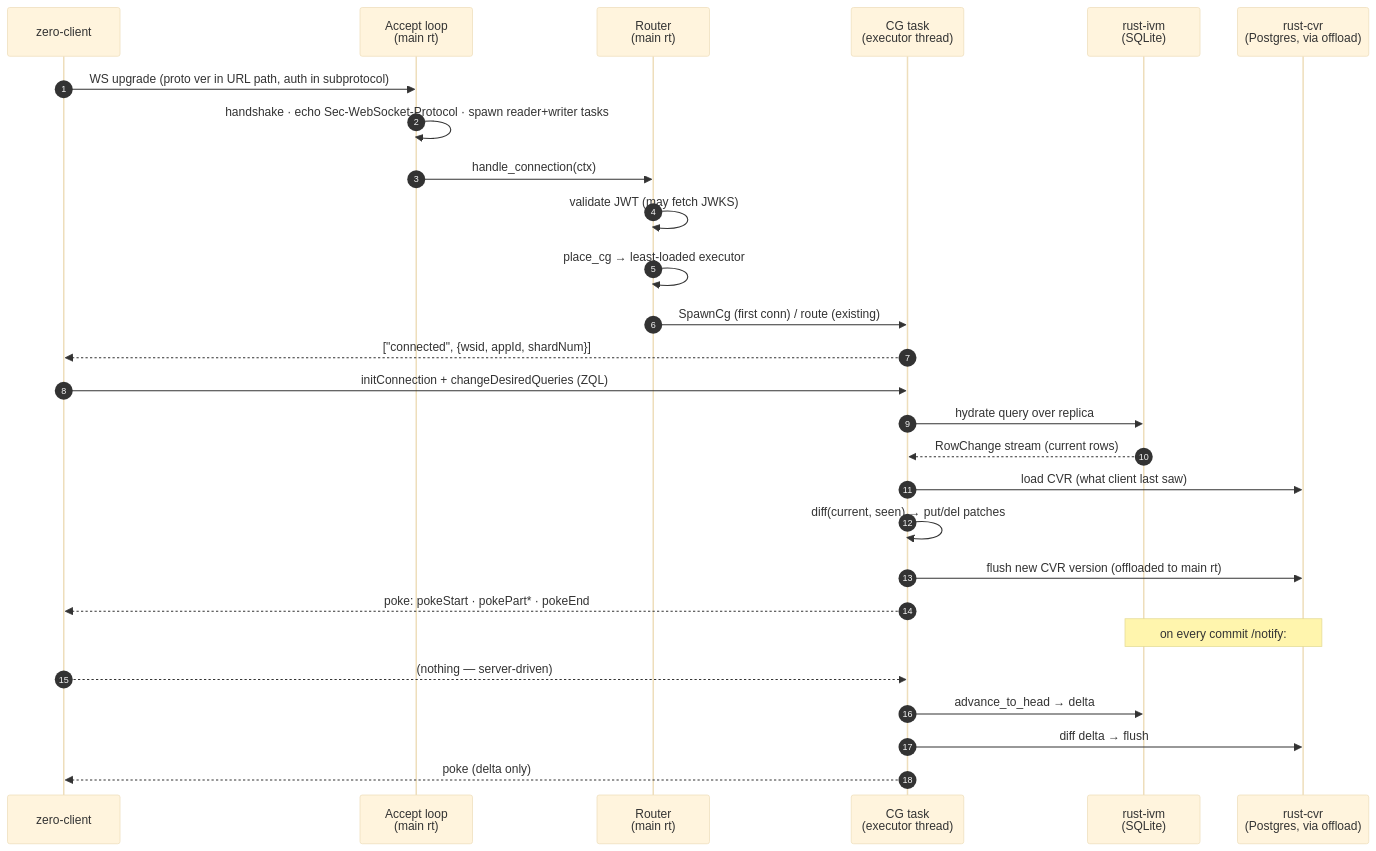
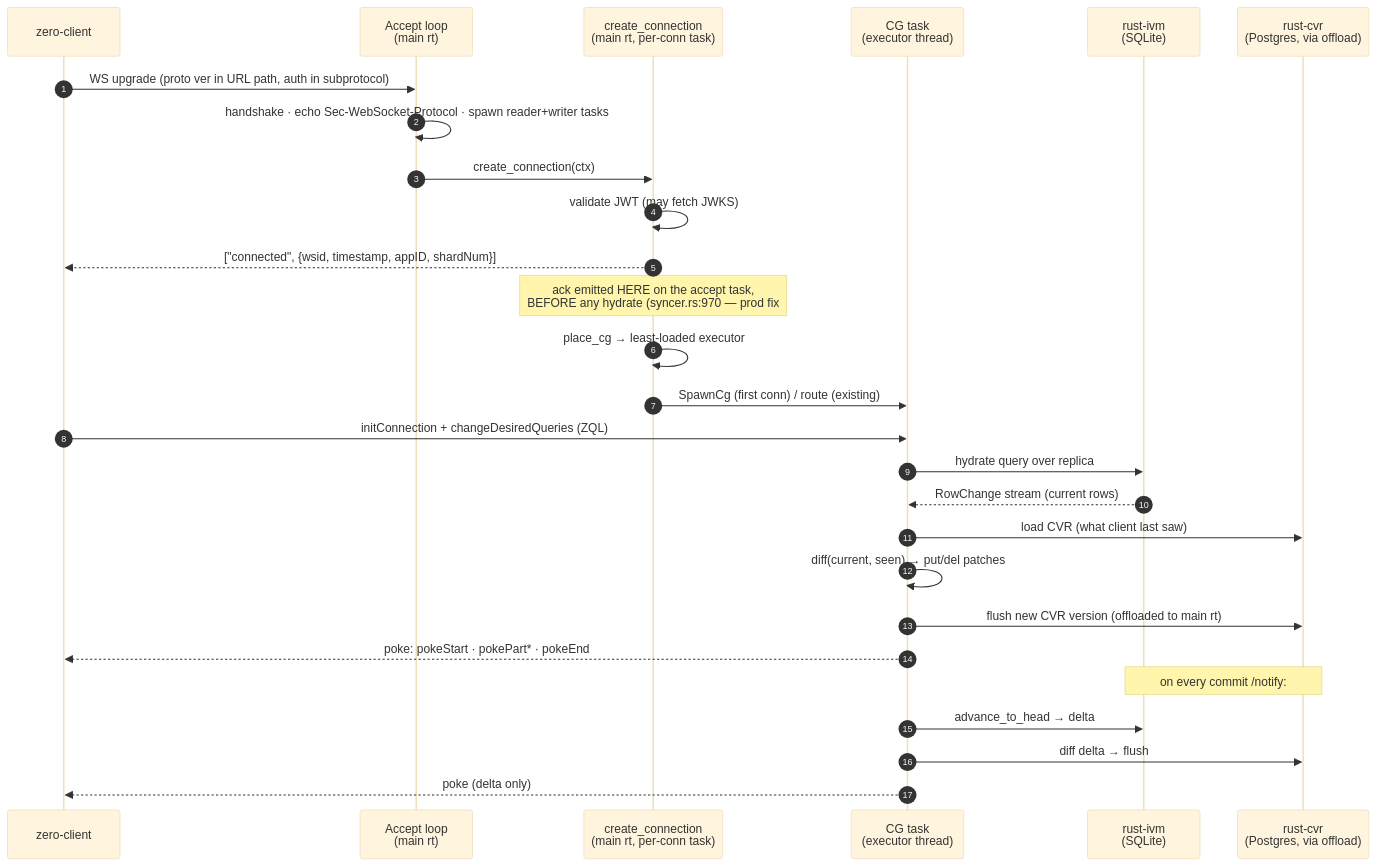
One commit to kartikparsoya-eng/mono-better changed the sixth of 11 diagrams in RUST-SYNCER-ARCHITECTURE.md. Above: the diagram before and after it, drawn with Mermaid (base theme). The commit also changed other lines of this file and 9 other files, not shown here.

First line of the commit message:
docs(rust): authoritative syncer architecture guide + I-11, remove dead credit.rs

````diff
--- a/RUST-SYNCER-ARCHITECTURE.md
+++ b/RUST-SYNCER-ARCHITECTURE.md
@@ -209,31 +215,31 @@
 ```mermaid
 sequenceDiagram
     autonumber
     participant C as zero-client
     participant A as Accept loop<br/>(main rt)
-    participant R as Router<br/>(main rt)
+    participant R as create_connection<br/>(main rt, per-conn task)
     participant E as CG task<br/>(executor thread)
     participant I as rust-ivm<br/>(SQLite)
     participant V as rust-cvr<br/>(Postgres, via offload)
 
     C->>A: WS upgrade (proto ver in URL path, auth in subprotocol)
     A->>A: handshake · echo Sec-WebSocket-Protocol · spawn reader+writer tasks
-    A->>R: handle_connection(ctx)
+    A->>R: create_connection(ctx)
     R->>R: validate JWT (may fetch JWKS)
+    R-->>C: ["connected", {wsid, timestamp, appID, shardNum}]
+    Note over R: ack emitted HERE on the accept task,<br/>BEFORE any hydrate (syncer.rs:970 — prod fix #152)
     R->>R: place_cg → least-loaded executor
     R->>E: SpawnCg (first conn) / route (existing)
-    E-->>C: ["connected", {wsid, appId, shardNum}]
     C->>E: initConnection + changeDesiredQueries (ZQL)
     E->>I: hydrate query over replica
     I-->>E: RowChange stream (current rows)
     E->>V: load CVR (what client last saw)
     E->>E: diff(current, seen) → put/del patches
     E->>V: flush new CVR version (offloaded to main rt)
     E-->>C: poke: pokeStart · pokePart* · pokeEnd
 
     Note over I,V: on every commit /notify:
-    C-->>E: (nothing — server-driven)
     E->>I: advance_to_head → delta
     E->>V: diff delta → flush
     E-->>C: poke (delta only)
 ```
````
